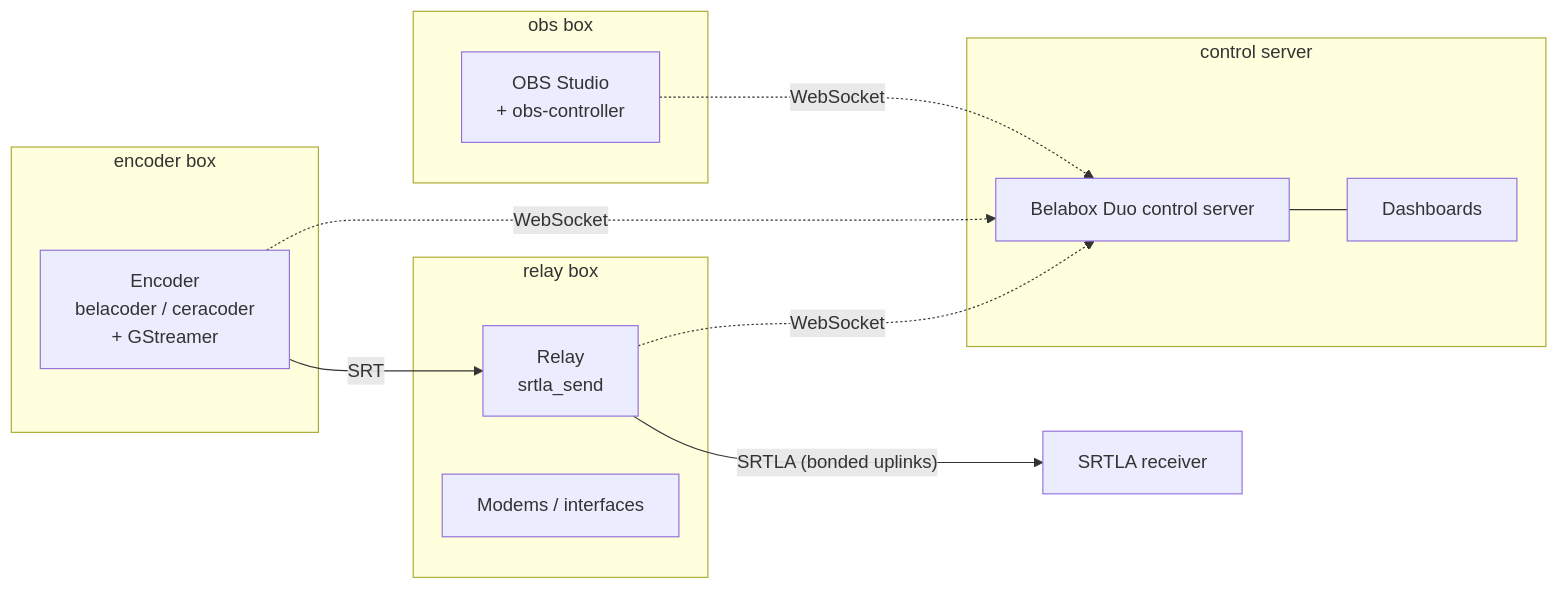
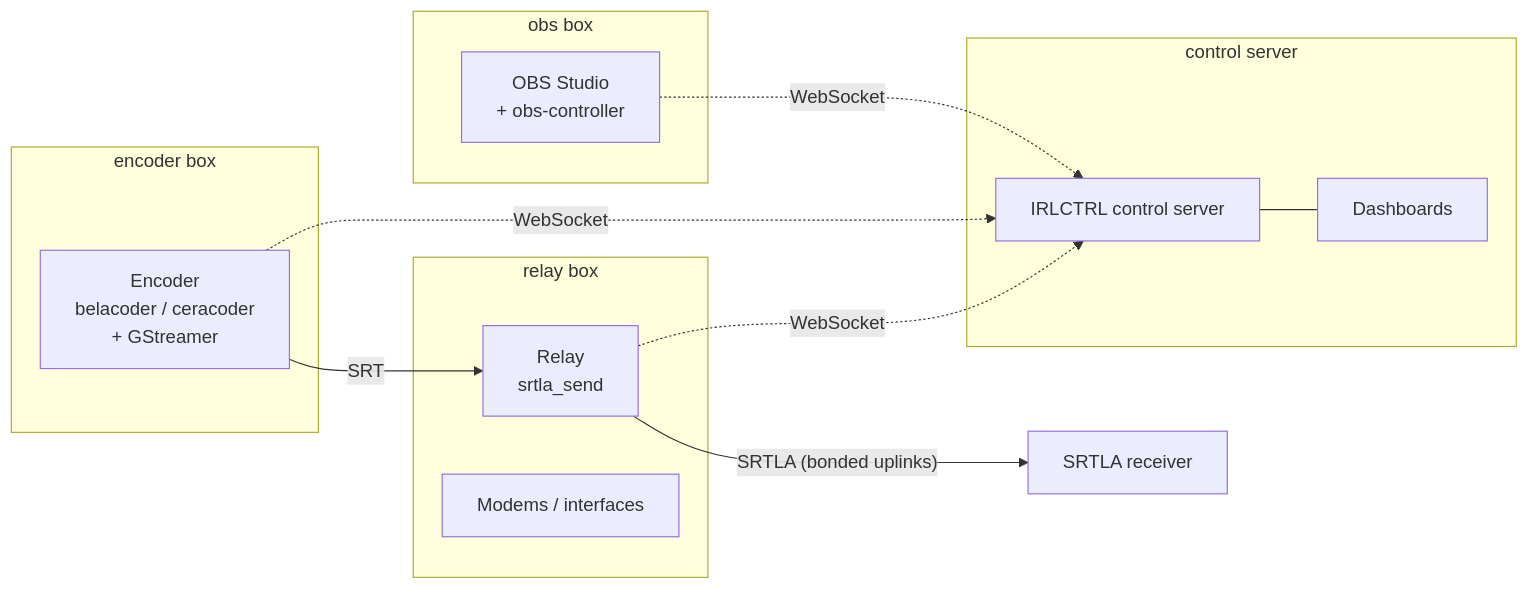
One commit to majklovec/irlctrl changed the diagram in docs/MANUAL.md. Above: the diagram before and after it, drawn with Mermaid. The commit also changed other lines of this file and 38 other files, not shown here.

````diff
--- a/docs/MANUAL.md
+++ b/docs/MANUAL.md
@@ -31,25 +31,25 @@
 ```mermaid
 flowchart LR
     subgraph encoder box
         E[Encoder<br/>belacoder / ceracoder<br/>+ GStreamer]
     end
     subgraph relay box
         R[Relay<br/>srtla_send]
         M[Modems / interfaces]
     end
     E -- SRT --> R
     R -- "SRTLA (bonded uplinks)" --> SRTLA[SRTLA receiver]
 
     subgraph obs box
         O[OBS Studio<br/>+ obs-controller]
     end
 
     subgraph control server
-        C[Belabox Duo control server]
+        C[IRLCTRL control server]
         D[Dashboards]
     end
     E -. WebSocket .-> C
     R -. WebSocket .-> C
     O -. WebSocket .-> C
     C --- D
 ```
````
